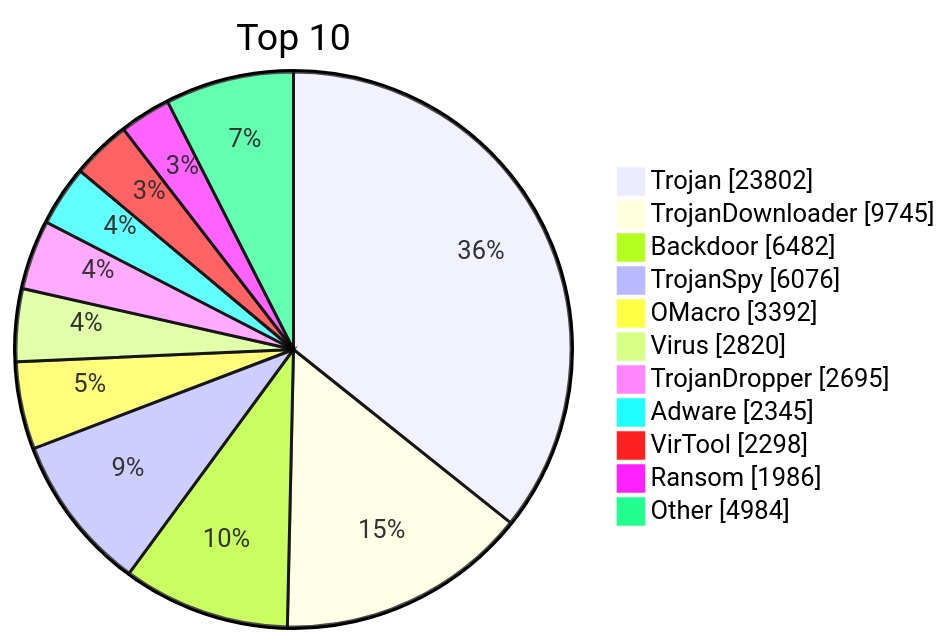
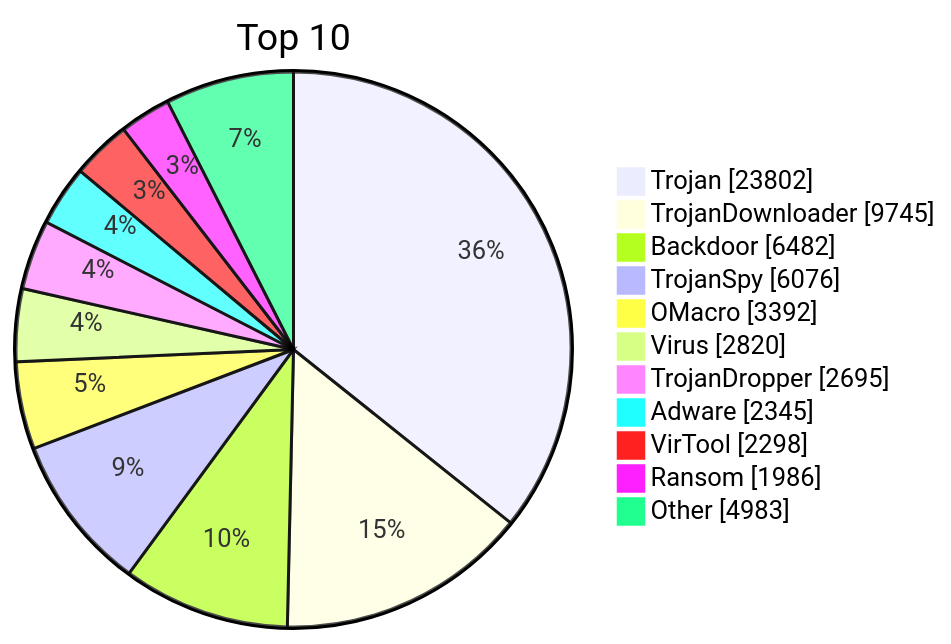
The diagram in README.md (JerryLinLinLin/huorong-virdb-changelog), drawn with Mermaid before and after one commit. The commit also changed other lines of this file and 115 other files, not shown here.

````diff
--- a/README.md
+++ b/README.md
@@ -18,15 +19,15 @@
 ```mermaid
 pie showData
     title Top 10
     "Trojan" : 23802
     "TrojanDownloader" : 9745
     "Backdoor" : 6482
     "TrojanSpy" : 6076
     "OMacro" : 3392
     "Virus" : 2820
     "TrojanDropper" : 2695
     "Adware" : 2345
     "VirTool" : 2298
     "Ransom" : 1986
-    "Other" : 4984
+    "Other" : 4983
 ```
````
